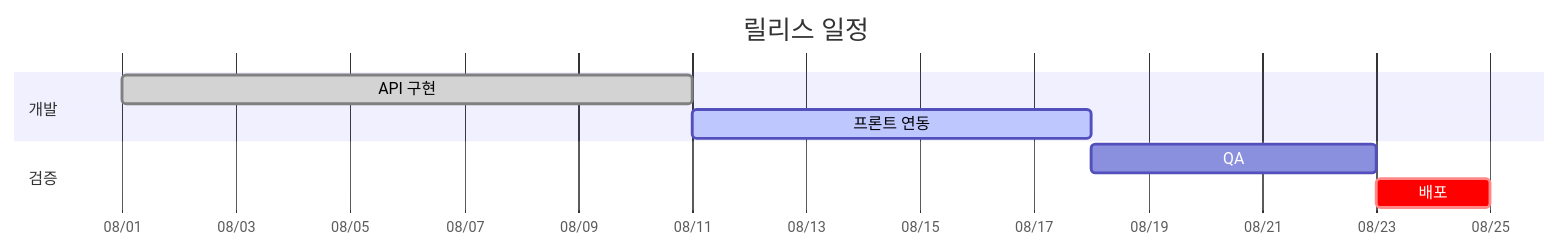
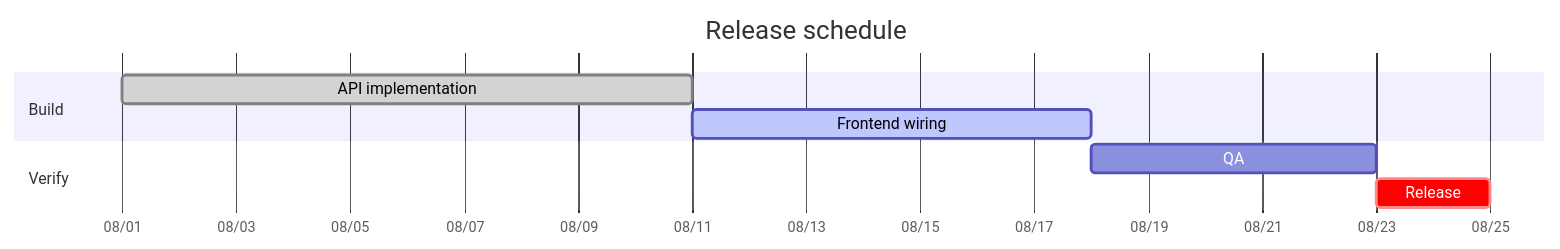
Before and after one commit to jeonck/toolian: the fifth of 5 diagrams in content/docs/writing/mermaid.md, drawn with Mermaid. The commit also changed other lines of this file and 62 other files, not shown here.

````diff
--- a/content/docs/writing/mermaid.md
+++ b/content/docs/writing/mermaid.md
@@ -157,12 +157,12 @@
 ```mermaid
 gantt
-    title 릴리스 일정
+    title Release schedule
     dateFormat YYYY-MM-DD
     axisFormat %m/%d
-    section 개발
-    API 구현 :done, a1, 2026-08-01, 10d
-    프론트 연동 :active, a2, 2026-08-11, 7d
-    section 검증
+    section Build
+    API implementation :done, a1, 2026-08-01, 10d
+    Frontend wiring :active, a2, 2026-08-11, 7d
+    section Verify
     QA :a3, after a2, 5d
-    배포 :crit, a4, after a3, 2d
+    Release :crit, a4, after a3, 2d
 ```
````
